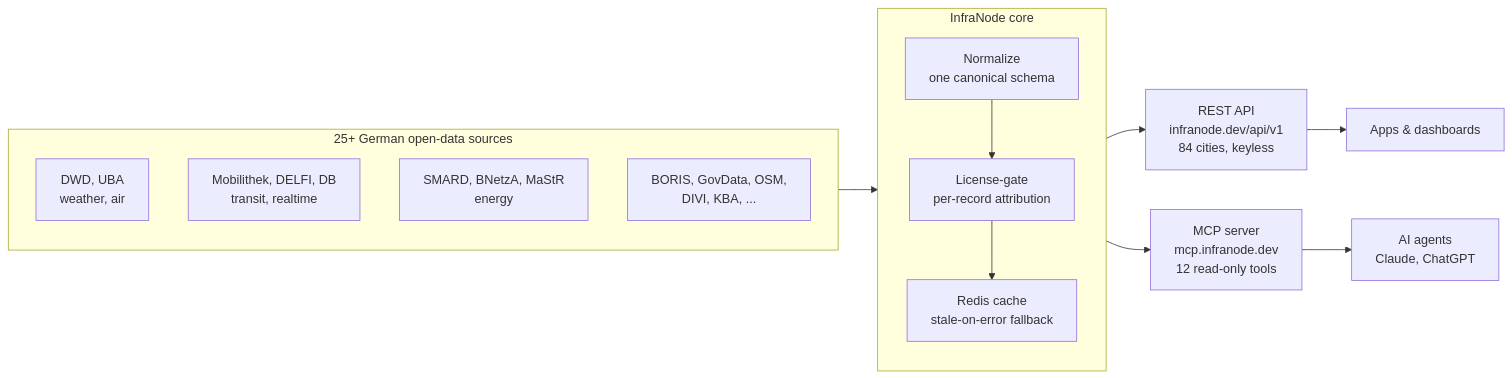
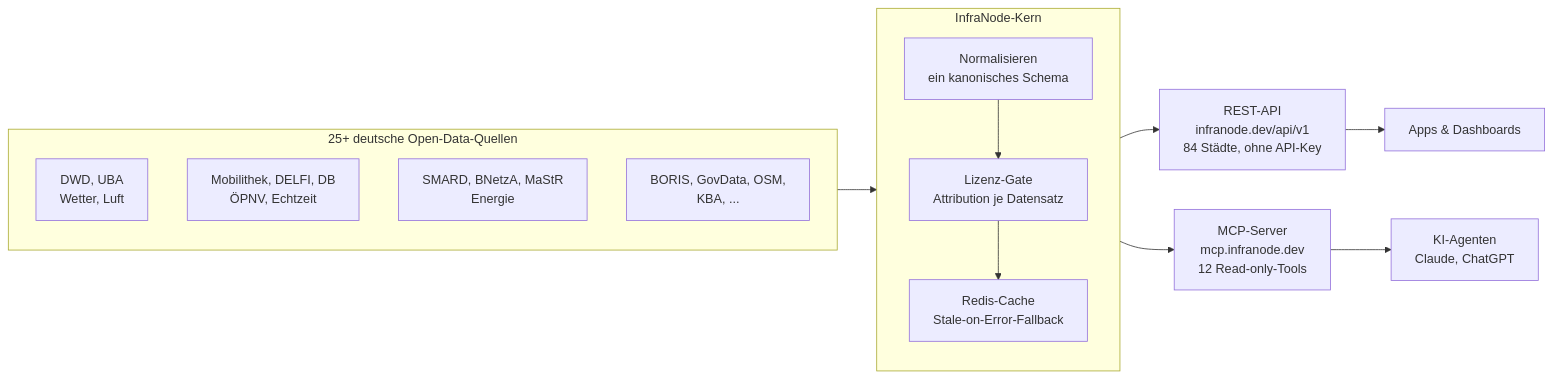
One commit to 4aia/idkyet changed the diagram in README.md. Above: the diagram before and after it, drawn with Mermaid. The commit also changed other lines of this file and 1 other file, not shown here.

````diff
--- a/README.md
+++ b/README.md
@@ -45,21 +52,21 @@
 ```mermaid
 flowchart LR
-    subgraph SRC["25+ German open-data sources"]
+    subgraph SRC["25+ deutsche Open-Data-Quellen"]
         direction TB
-        S1["DWD, UBA<br/>weather, air"]
-        S2["Mobilithek, DELFI, DB<br/>transit, realtime"]
-        S3["SMARD, BNetzA, MaStR<br/>energy"]
-        S4["BORIS, GovData, OSM,<br/>DIVI, KBA, ..."]
+        S1["DWD, UBA<br/>Wetter, Luft"]
+        S2["Mobilithek, DELFI, DB<br/>ÖPNV, Echtzeit"]
+        S3["SMARD, BNetzA, MaStR<br/>Energie"]
+        S4["BORIS, GovData, OSM,<br/>KBA, ..."]
     end
 
-    subgraph CORE["InfraNode core"]
+    subgraph CORE["InfraNode-Kern"]
         direction TB
-        N["Normalize<br/>one canonical schema"] --> L["License-gate<br/>per-record attribution"] --> C["Redis cache<br/>stale-on-error fallback"]
+        N["Normalisieren<br/>ein kanonisches Schema"] --> L["Lizenz-Gate<br/>Attribution je Datensatz"] --> C["Redis-Cache<br/>Stale-on-Error-Fallback"]
     end
 
     SRC --> CORE
-    CORE --> API["REST API<br/>infranode.dev/api/v1<br/>84 cities, keyless"]
-    CORE --> MCP["MCP server<br/>mcp.infranode.dev<br/>12 read-only tools"]
-    API --> APPS["Apps &amp; dashboards"]
-    MCP --> AGENTS["AI agents<br/>Claude, ChatGPT"]
+    CORE --> API["REST-API<br/>infranode.dev/api/v1<br/>84 Städte, ohne API-Key"]
+    CORE --> MCP["MCP-Server<br/>mcp.infranode.dev<br/>12 Read-only-Tools"]
+    API --> APPS["Apps &amp; Dashboards"]
+    MCP --> AGENTS["KI-Agenten<br/>Claude, ChatGPT"]
 ```
````
